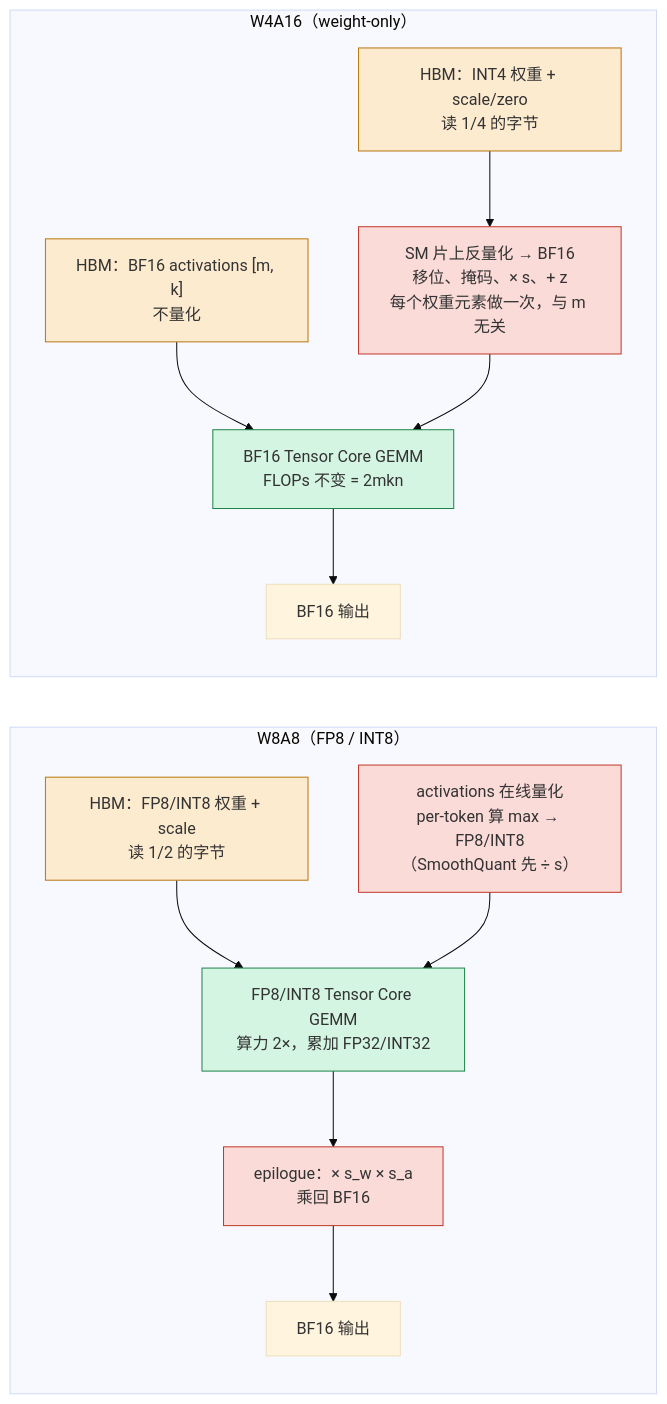
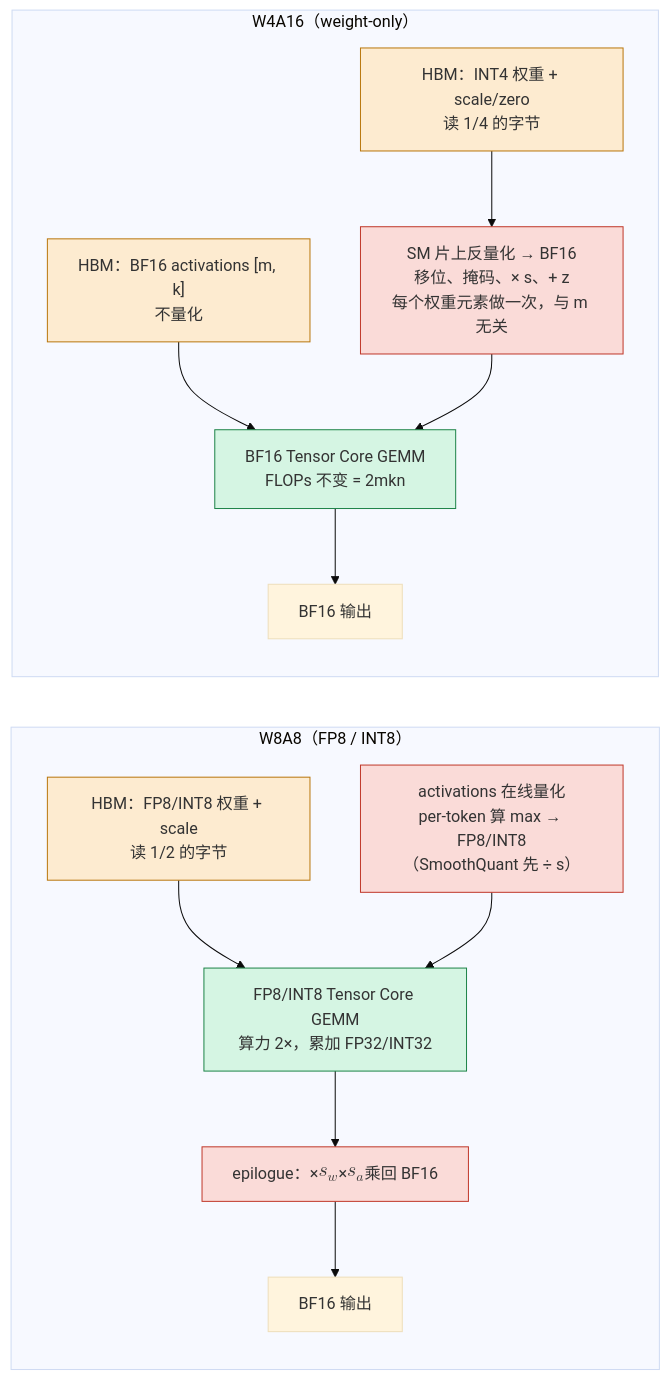
The diagram in _posts/2026-04-28-post-training-quantization-gptq-awq-and-rotation.md (arganzheng/arganzheng.github.com), drawn with Mermaid (base theme) before and after one commit.

Commit message:
高效推理与压缩（03）：训练后量化：误差模型、GPTQ、AWQ 与旋转：Mermaid 伪公式改用 KaTeX
Mermaid 里的伪公式（Unicode 上下标、下划线下标、ᵀ、帽子 / 波浪号、希腊字母变量）改为 $$…$$，按正文的写法排版：
- $$s_w$$
- $$s_a$$

代码名、形状写法、只有 ² 的写法保持原样。

````diff
--- a/_posts/2026-04-28-post-training-quantization-gptq-awq-and-rotation.md
+++ b/_posts/2026-04-28-post-training-quantization-gptq-awq-and-rotation.md
@@ -151,25 +151,25 @@
 ```mermaid
 %% 图：W4A16 与 W8A8 在 kernel 里的数据流：反量化发生在哪一步、乘加用哪种 Tensor Core
 flowchart TB
     subgraph w4["W4A16（weight-only）"]
         direction TB
         h4["HBM：INT4 权重 + scale/zero<br/>读 1/4 的字节"] --> dq["SM 片上反量化 → BF16<br/>移位、掩码、× s、+ z<br/>每个权重元素做一次，与 m 无关"]
         a4["HBM：BF16 activations #91;m, k#93;<br/>不量化"] --> tc4["BF16 Tensor Core GEMM<br/>FLOPs 不变 = 2mkn"]
         dq --> tc4
         tc4 --> o4["BF16 输出"]
     end
     subgraph w8["W8A8（FP8 / INT8）"]
         direction TB
         h8["HBM：FP8/INT8 权重 + scale<br/>读 1/2 的字节"] --> tc8["FP8/INT8 Tensor Core GEMM<br/>算力 2×，累加 FP32/INT32"]
         a8["activations 在线量化<br/>per-token 算 max → FP8/INT8<br/>（SmoothQuant 先 ÷ s）"] --> tc8
-        tc8 --> ep["epilogue：× s_w × s_a<br/>乘回 BF16"]
+        tc8 --> ep["epilogue：× $$s_w$$ × $$s_a$$<br/>乘回 BF16"]
         ep --> o8["BF16 输出"]
     end
     w4 ~~~ w8
     classDef mem fill:#fdebd0,stroke:#b9770e;
     classDef cvt fill:#fadbd8,stroke:#c0392b;
     classDef tc fill:#d5f5e3,stroke:#1e8449;
     class h4,a4,h8 mem;
     class dq,a8,ep cvt;
     class tc4,tc8 tc;
 ```
````
